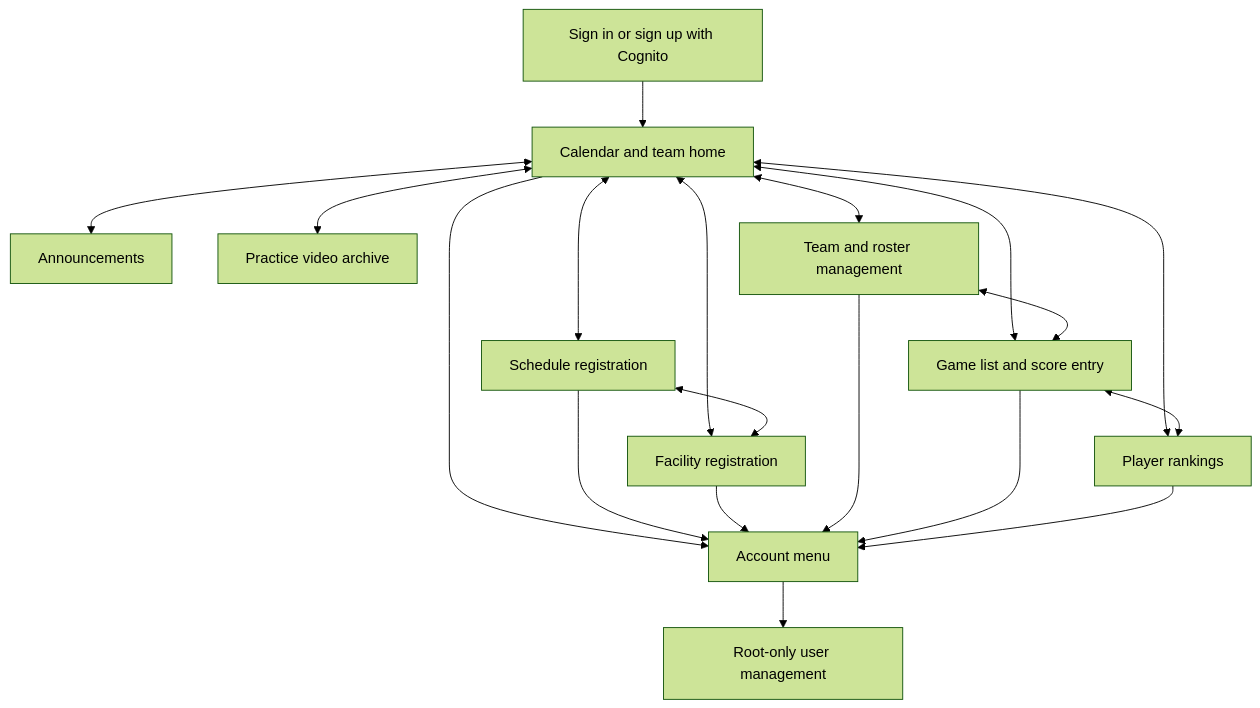
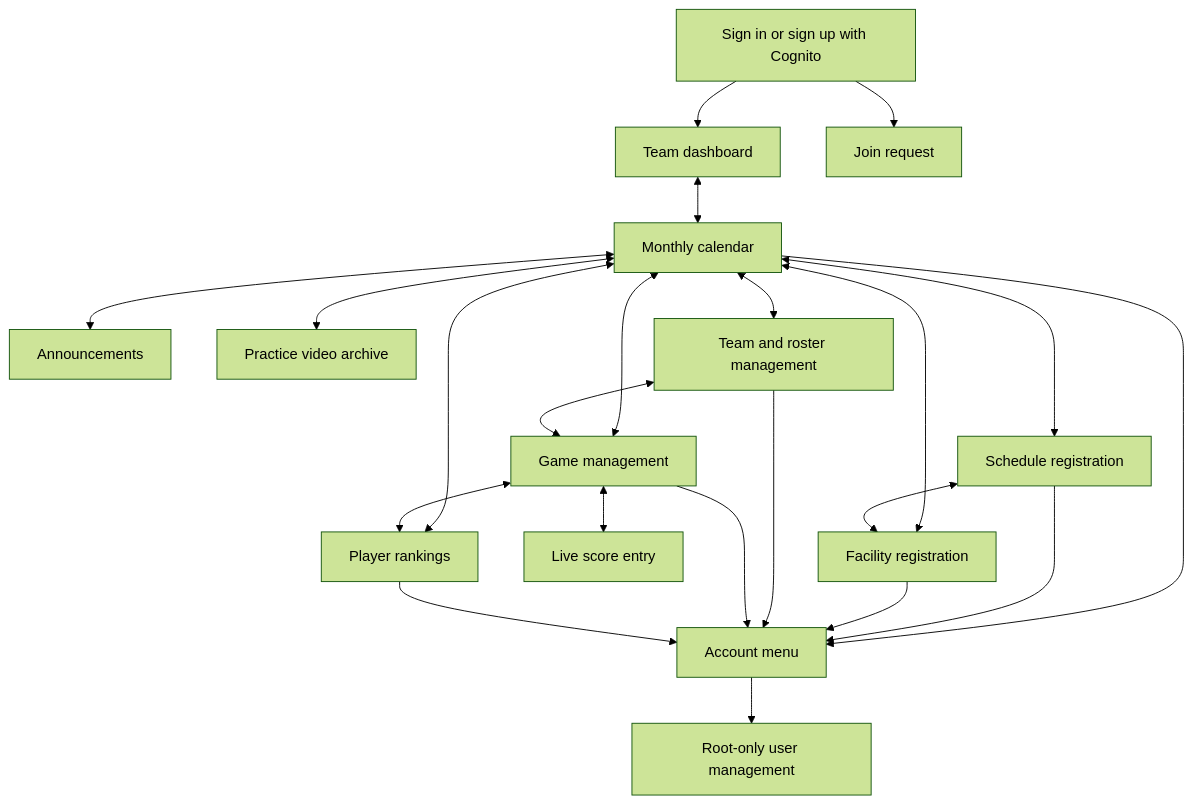
One commit to leonard002-sas/basket-schedule-app-lambda changed the diagram in docs/screen-flow.md. Above: the diagram before and after it, drawn with Mermaid (forest theme). The commit also changed other lines of this file and 36 other files, not shown here.

Commit message:
feat: complete Vue team management workspace

````diff
--- a/docs/screen-flow.md
+++ b/docs/screen-flow.md
@@ -7,33 +7,39 @@
 ```mermaid
 flowchart TD
     Login[Sign in or sign up with Cognito]
-    Calendar[Calendar and team home]
+    Home[Team dashboard]
+    Calendar[Monthly calendar]
     Announcements[Announcements]
     Videos[Practice video archive]
     Schedule[Schedule registration]
     Facility[Facility registration]
     Teams[Team and roster management]
-    Games[Game list and score entry]
+    Games[Game management]
+    Score[Live score entry]
     Rankings[Player rankings]
     Account[Account menu]
     UserAdmin[Root-only user management]
 
-    Login --> Calendar
+    Join[Join request]
+    Login --> Home
+    Login --> Join
+    Home <--> Calendar
     Calendar <--> Announcements
     Calendar <--> Videos
     Calendar <--> Schedule
     Calendar <--> Facility
     Calendar <--> Teams
     Calendar <--> Games
     Calendar <--> Rankings
     Schedule <--> Facility
     Teams <--> Games
+    Games <--> Score
     Games <--> Rankings
     Calendar --> Account
     Schedule --> Account
     Facility --> Account
     Teams --> Account
     Games --> Account
     Rankings --> Account
     Account --> UserAdmin
 ```
````
